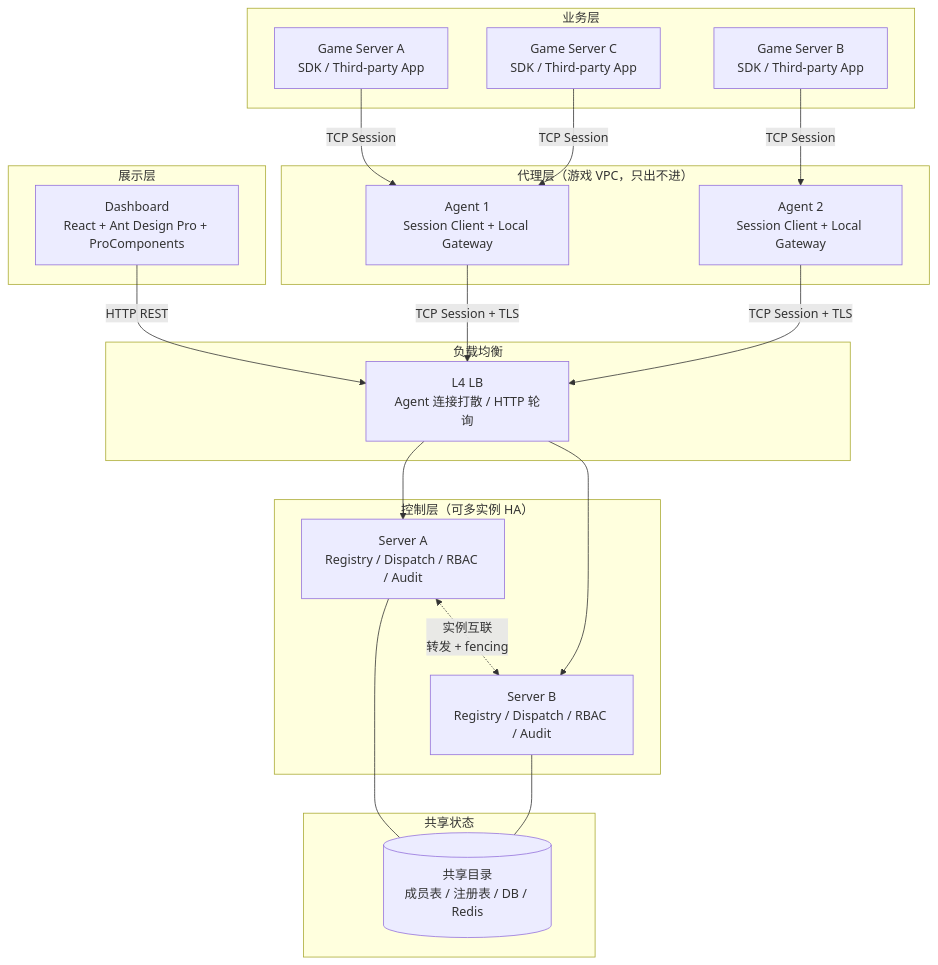
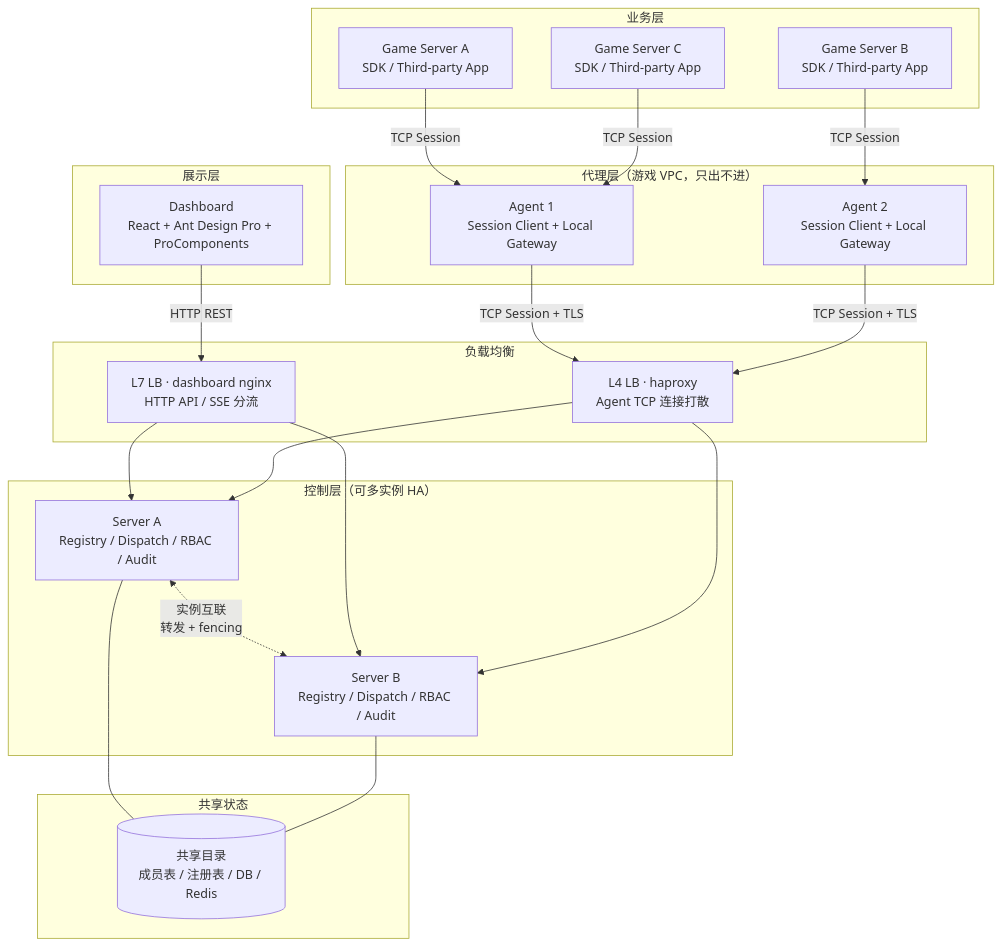
Before and after one commit to cuihairu/croupier: the diagram in README.md, drawn with Mermaid. The commit also changed 1 other file, not shown here.

Commit message:
docs: 修正架构图负载均衡分层——L7（nginx，HTTP/SSE）与 L4（haproxy，Agent TCP）分开画
README 与 HA 架构文档的图把两类流量画成一个 'LB'：
- Dashboard HTTP API/SSE 走 L7——dashboard nginx 反代 + split_clients
  分流到各实例 18780
- Agent TCP 长连接走 L4——haproxy 透传 19090 打散到两实例

README「当前架构」拆为 NGINX/HAPROXY 两节点并分别连线；
HA 文档集群图标注 L4 入口实现，并补充『两类入口两层 LB、
职责不同不能合并』的说明。

````diff
--- a/README.md
+++ b/README.md
@@ -82,42 +82,45 @@
 ```mermaid
 graph TB
   subgraph "展示层"
     UI[Dashboard<br/>React + Ant Design Pro + ProComponents]
   end
 
   subgraph "负载均衡"
-    LB[L4 LB<br/>Agent 连接打散 / HTTP 轮询]
+    NGINX[L7 LB · dashboard nginx<br/>HTTP API / SSE 分流]
+    HAPROXY[L4 LB · haproxy<br/>Agent TCP 连接打散]
   end
 
   subgraph "控制层（可多实例 HA）"
     ServerA[Server A<br/>Registry / Dispatch / RBAC / Audit]
     ServerB[Server B<br/>Registry / Dispatch / RBAC / Audit]
     ServerA <-.->|实例互联<br/>转发 + fencing| ServerB
   end
 
   subgraph "共享状态"
     Shared[(共享目录<br/>成员表 / 注册表 / DB / Redis)]
   end
 
   subgraph "代理层（游戏 VPC，只出不进）"
     Agent1[Agent 1<br/>Session Client + Local Gateway]
     Agent2[Agent 2<br/>Session Client + Local Gateway]
   end
 
   subgraph "业务层"
     GS1[Game Server A<br/>SDK / Third-party App]
     GS2[Game Server B<br/>SDK / Third-party App]
     GS3[Game Server C<br/>SDK / Third-party App]
   end
 
-  UI -->|HTTP REST| LB
-  LB --> ServerA
-  LB --> ServerB
-  Agent1 -->|TCP Session + TLS| LB
-  Agent2 -->|TCP Session + TLS| LB
+  UI -->|HTTP REST| NGINX
+  NGINX --> ServerA
+  NGINX --> ServerB
+  Agent1 -->|TCP Session + TLS| HAPROXY
+  Agent2 -->|TCP Session + TLS| HAPROXY
+  HAPROXY --> ServerA
+  HAPROXY --> ServerB
   ServerA --- Shared
   ServerB --- Shared
   GS1 -->|TCP Session| Agent1
   GS2 -->|TCP Session| Agent2
   GS3 -->|TCP Session| Agent1
 ```
````
